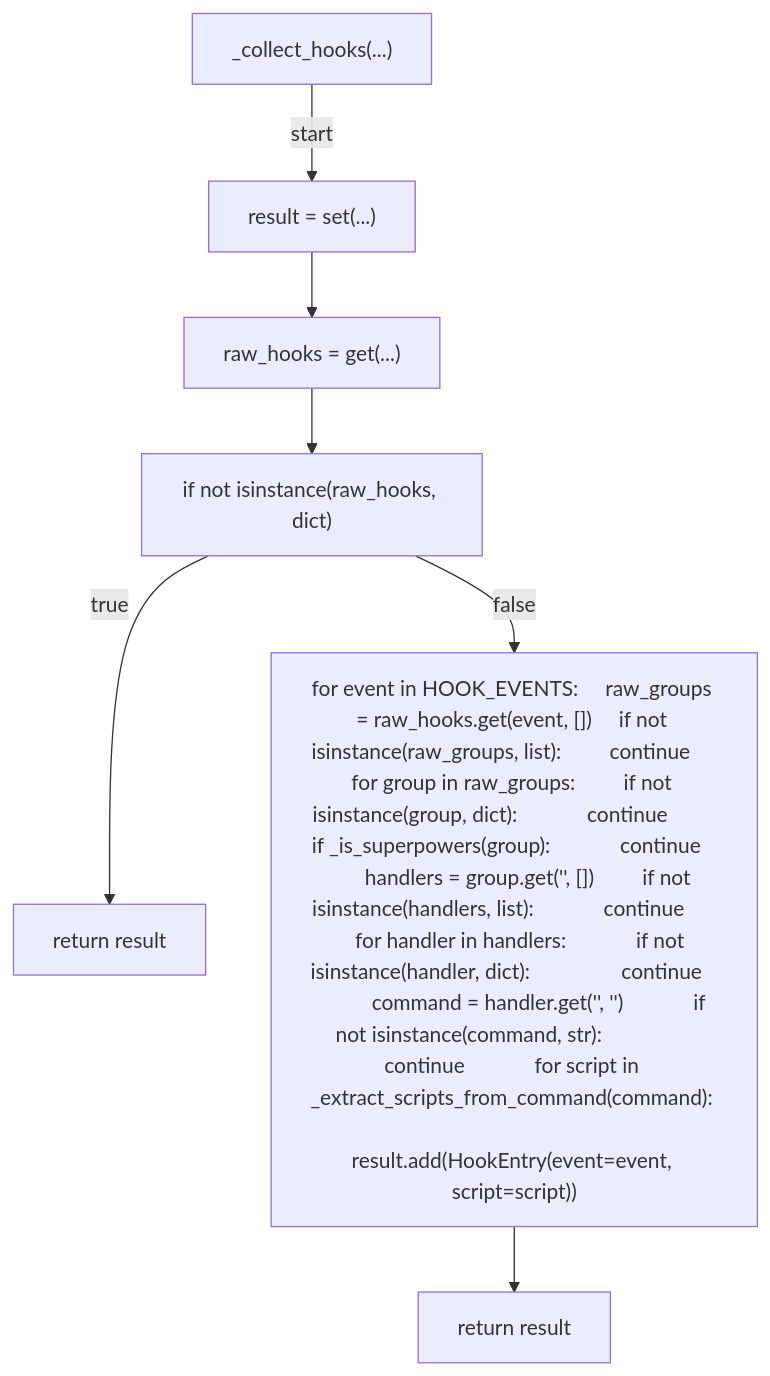
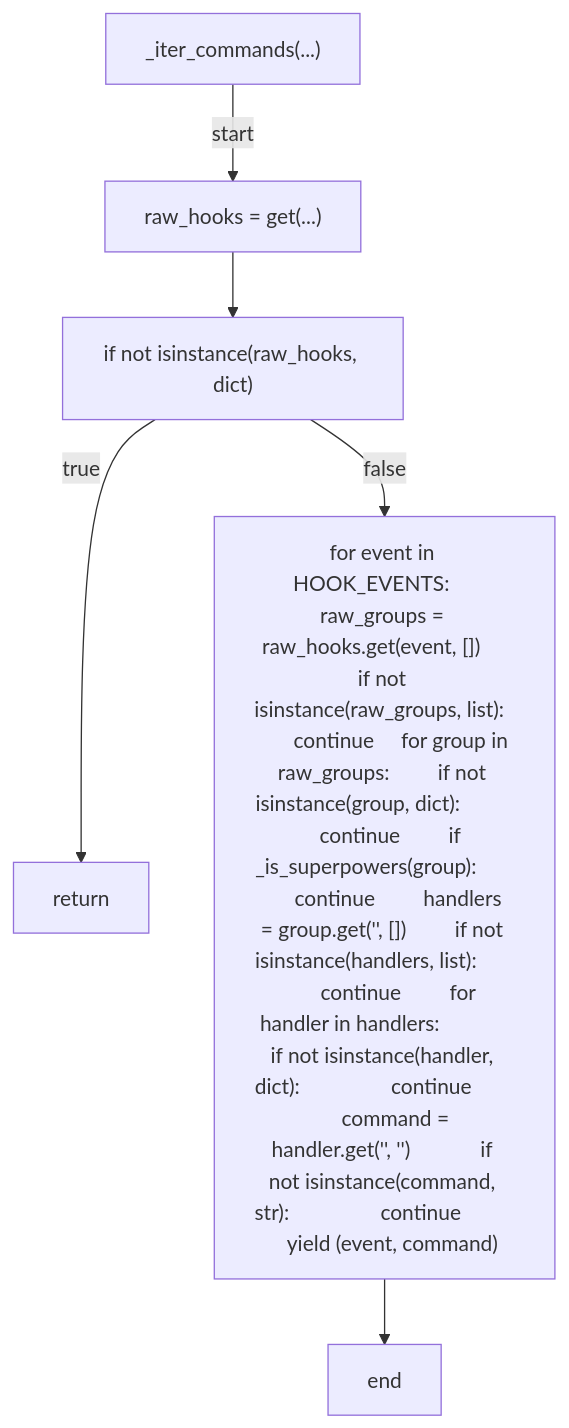
Before and after one commit to tvna/claude-md: the third of 11 diagrams in docs/generated/scripts/ast/scan_hook_coverage_drift.md, drawn with Mermaid. The commit also changed other lines of this file, not shown here.

First line of the commit message:
docs(generated): regenerate decision tree and workflow diagrams

````diff
--- a/docs/generated/scripts/ast/scan_hook_coverage_drift.md
+++ b/docs/generated/scripts/ast/scan_hook_coverage_drift.md
@@ -25,16 +25,14 @@
 ```mermaid
 flowchart TD
-    N001["_collect_hooks(...)"]
-    N002["result = set(...)"]
-    N003["raw_hooks = get(...)"]
-    N004["if not isinstance(raw_hooks, dict)"]
-    N005["return result"]
-    N006["for event in HOOK_EVENTS:     raw_groups = raw_hooks.get(event, [])     if not isinstance(raw_groups, list):         continue     for group in raw_groups:         if not isinstance(group, dict):             continue         if _is_superpowers(group):             continue         handlers = group.get('<str>', [])         if not isinstance(handlers, list):             continue         for handler in handlers:             if not isinstance(handler, dict):                 continue             command = handler.get('<str>', '<str>')             if not isinstance(command, str):                 continue             for script in _extract_scripts_from_command(command):                 result.add(HookEntry(event=event, script=script))"]
-    N007["return result"]
+    N001["_iter_commands(...)"]
+    N002["raw_hooks = get(...)"]
+    N003["if not isinstance(raw_hooks, dict)"]
+    N004["return"]
+    N005["for event in HOOK_EVENTS:     raw_groups = raw_hooks.get(event, [])     if not isinstance(raw_groups, list):         continue     for group in raw_groups:         if not isinstance(group, dict):             continue         if _is_superpowers(group):             continue         handlers = group.get('<str>', [])         if not isinstance(handlers, list):             continue         for handler in handlers:             if not isinstance(handler, dict):                 continue             command = handler.get('<str>', '<str>')             if not isinstance(command, str):                 continue             yield (event, command)"]
+    N006["end"]
     N001 -->|"start"| N002
     N002 --> N003
-    N003 --> N004
-    N004 -->|"true"| N005
-    N004 -->|"false"| N006
-    N006 --> N007
+    N003 -->|"true"| N004
+    N003 -->|"false"| N005
+    N005 --> N006
 ```
````
